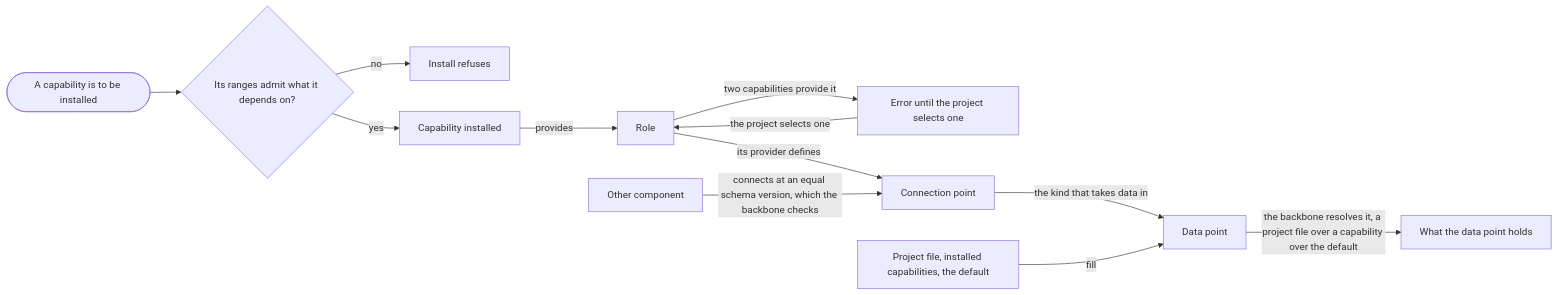
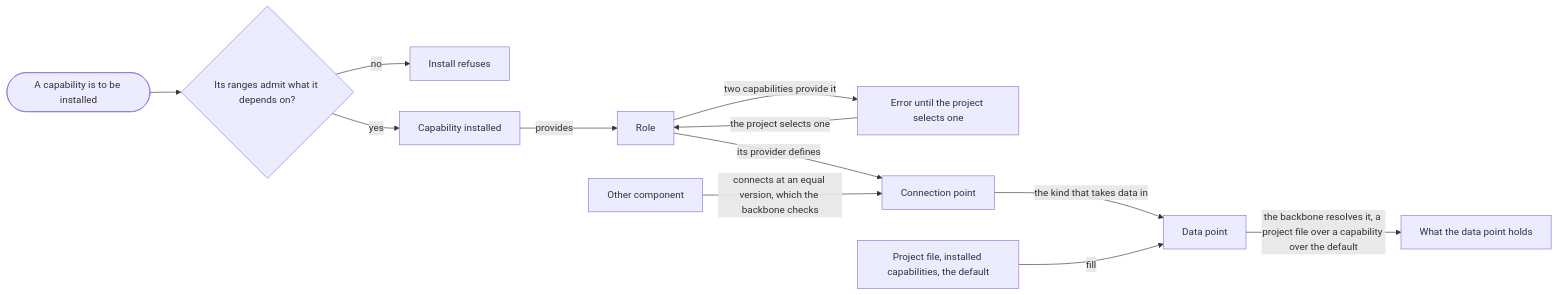
The second of 2 diagrams in tech-docs/analysis/core/domain-model/030-capabilities-areas-and-connection-points.md (aleskalfas/project-kit), drawn with Mermaid before and after one commit. The commit also changed other lines of this file and 13 other files, not shown here.

````diff
--- a/tech-docs/analysis/core/domain-model/030-capabilities-areas-and-connection-points.md
+++ b/tech-docs/analysis/core/domain-model/030-capabilities-areas-and-connection-points.md
@@ -88,16 +88,16 @@
 ```mermaid
 flowchart LR
   accTitle: How a capability comes to connect
-  accDescr: A capability installs only where what it depends on falls within its ranges, and install refuses otherwise. Installed, it provides roles. Where two capabilities provide one role, that is an error until the project selects one. The capability providing a role defines its connection points, and other components connect to each at a schema version equal to its own, which the backbone resolves and checks. A data point, the kind that takes data in, is filled by a project file, installed capabilities and the providing capability's default. The backbone resolves what it holds. Where fillers overlap, a project file wins over a capability, and a capability over the default.
+  accDescr: A capability installs only where what it depends on falls within its ranges, and install refuses otherwise. Installed, it provides roles. Where two capabilities provide one role, that is an error until the project selects one. The capability providing a role defines its connection points, and other components connect to each at a version equal to its own, which the backbone resolves and checks. A data point, the kind that takes data in, is filled by a project file, installed capabilities and the providing capability's default. The backbone resolves what it holds. Where fillers overlap, a project file wins over a capability, and a capability over the default.
   I([A capability is to be installed]) --> K{Its ranges admit what it depends on?}
   K -->|no| N[Install refuses]
   K -->|yes| C[Capability installed]
   C -->|provides| R[Role]
   R -->|two capabilities provide it| E[Error until the project selects one]
   E -->|the project selects one| R
   R -->|its provider defines| P[Connection point]
-  O[Other component] -->|connects at an equal schema version, which the backbone checks| P
+  O[Other component] -->|connects at an equal version, which the backbone checks| P
   P -->|the kind that takes data in| D[Data point]
   F["Project file, installed capabilities, the default"] -->|fill| D
   D -->|the backbone resolves it, a project file over a capability over the default| H[What the data point holds]
 ```
````
